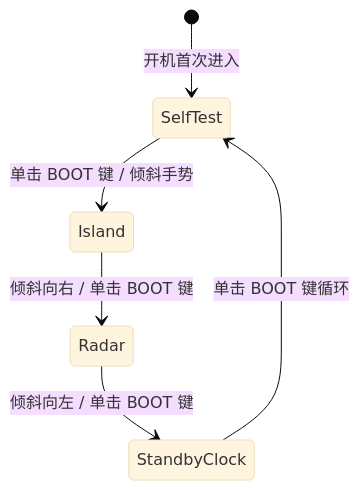
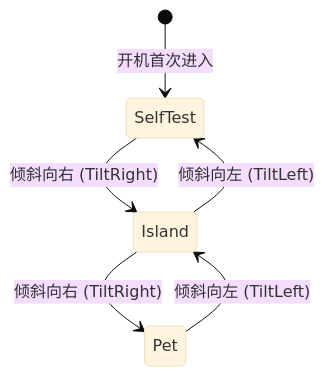
The diagram in docs/architecture/04-ui-and-graphics.md (onenewcode/digivice), drawn with Mermaid (base theme) before and after one commit. The commit also changed other lines of this file and 40 other files, not shown here.

````diff
--- a/docs/architecture/04-ui-and-graphics.md
+++ b/docs/architecture/04-ui-and-graphics.md
@@ -32,8 +32,8 @@
 ```mermaid
 stateDiagram-v2
     [*] --> SelfTest: 开机首次进入
-    SelfTest --> Island: 单击 BOOT 键 / 倾斜手势
-    Island --> Radar: 倾斜向右 / 单击 BOOT 键
-    Radar --> StandbyClock: 倾斜向左 / 单击 BOOT 键
-    StandbyClock --> SelfTest: 单击 BOOT 键循环
+    SelfTest --> Island: 倾斜向右 (TiltRight)
+    Island --> Pet: 倾斜向右 (TiltRight)
+    Pet --> Island: 倾斜向左 (TiltLeft)
+    Island --> SelfTest: 倾斜向左 (TiltLeft)
 ```
````
